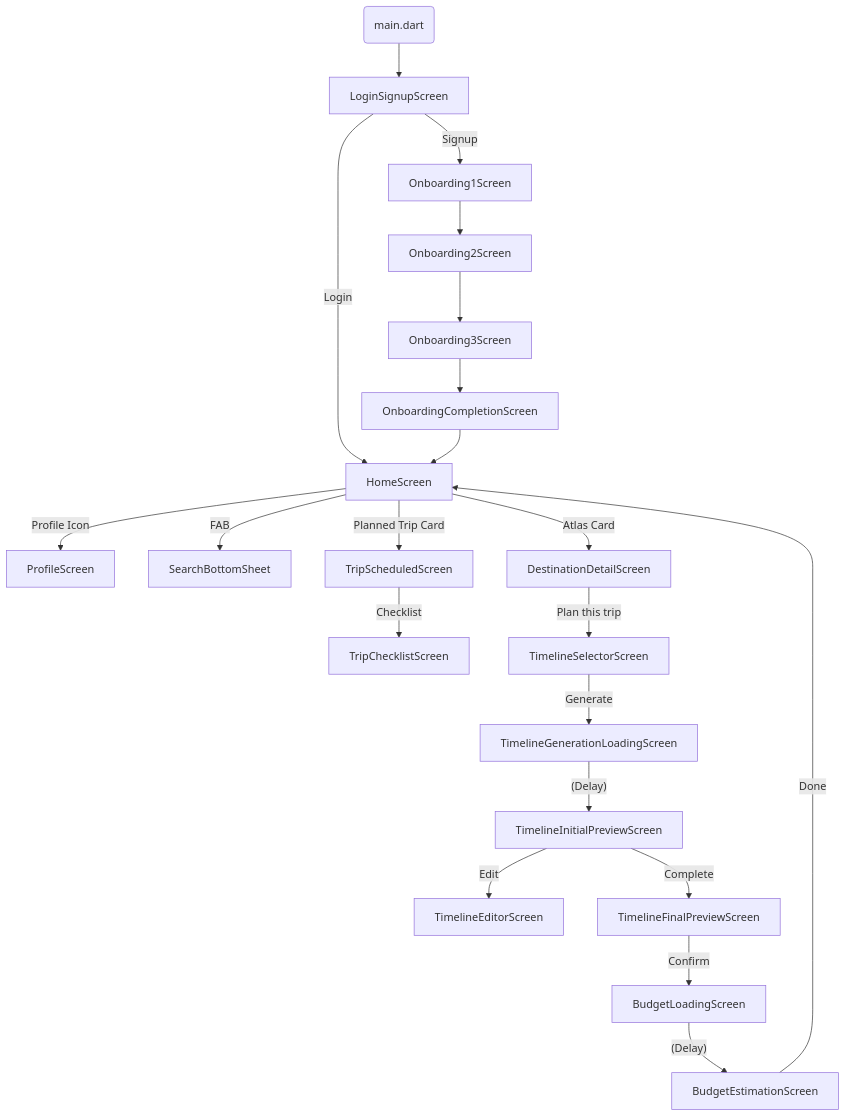
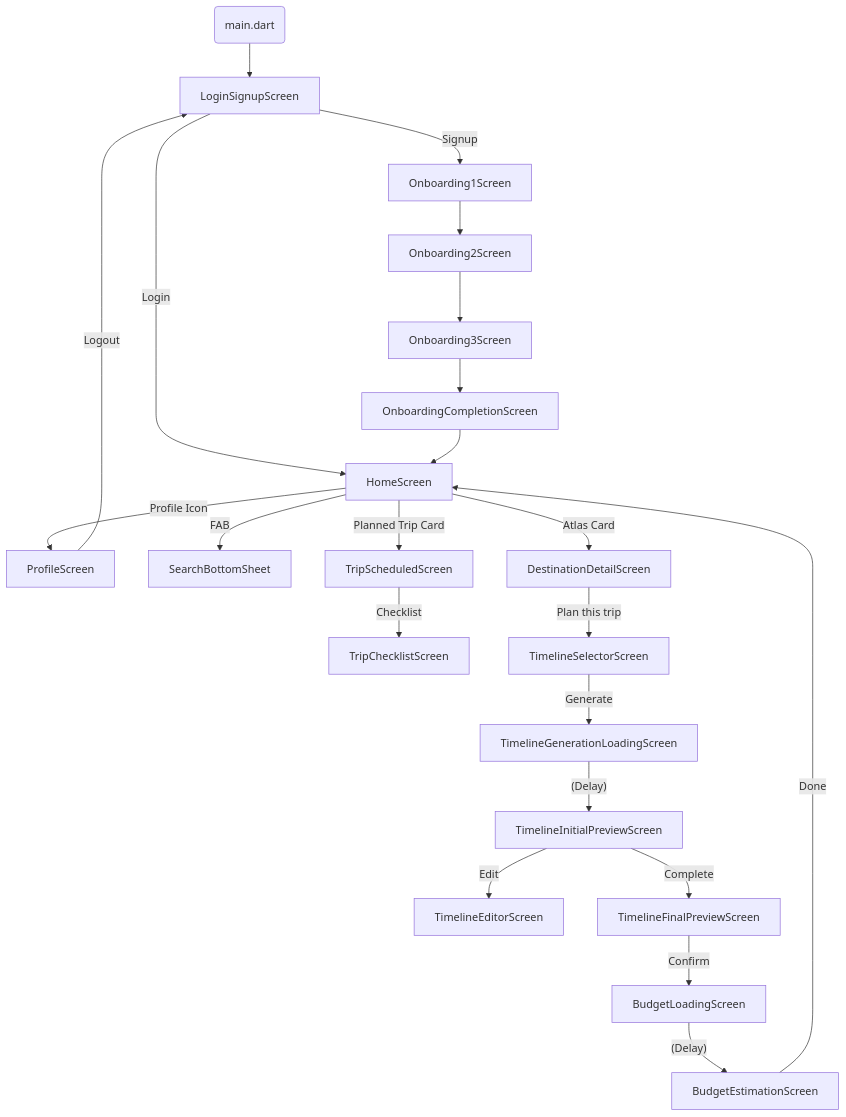
One commit to Swapnil-Pramanik/Itinera-2 changed the diagram in README.md. Above: the diagram before and after it, drawn with Mermaid. The commit also changed 1 other file, not shown here.

Commit message:
logout re-direction

````diff
--- a/README.md
+++ b/README.md
@@ -60,37 +60,38 @@
 ```mermaid
 graph TD
     Entry(main.dart) --> Auth[LoginSignupScreen]
 
     %% Authentication Flow
     Auth -- Login --> Home[HomeScreen]
     Auth -- Signup --> Onb1[Onboarding1Screen]
 
     %% Onboarding Flow
     Onb1 --> Onb2[Onboarding2Screen]
     Onb2 --> Onb3[Onboarding3Screen]
     Onb3 --> OnbComp[OnboardingCompletionScreen]
     OnbComp --> Home
 
     %% Home Screen Interactions
     Home -- Profile Icon --> Profile[ProfileScreen]
+    Profile -- Logout --> Auth
     Home -- FAB --> Search[SearchBottomSheet]
 
     %% Trip Management
     Home -- Planned Trip Card --> TripSched[TripScheduledScreen]
     TripSched -- Checklist --> TripCheck[TripChecklistScreen]
 
     %% New Trip Planning (The Atlas)
     Home -- Atlas Card --> DestDetail[DestinationDetailScreen]
     DestDetail -- Plan this trip --> TimeSel[TimelineSelectorScreen]
     TimeSel -- Generate --> TimeLoad[TimelineGenerationLoadingScreen]
     TimeLoad -- (Delay) --> TimeInit[TimelineInitialPreviewScreen]
 
     %% Timeline Editing
     TimeInit -- Edit --> TimeEdit[TimelineEditorScreen]
     TimeInit -- Complete --> TimeFinal[TimelineFinalPreviewScreen]
 
     %% Budget Estimation
     TimeFinal -- Confirm --> BudgetLoad[BudgetLoadingScreen]
     BudgetLoad -- (Delay) --> Budget[BudgetEstimationScreen]
     Budget -- Done --> Home
 ```
````
